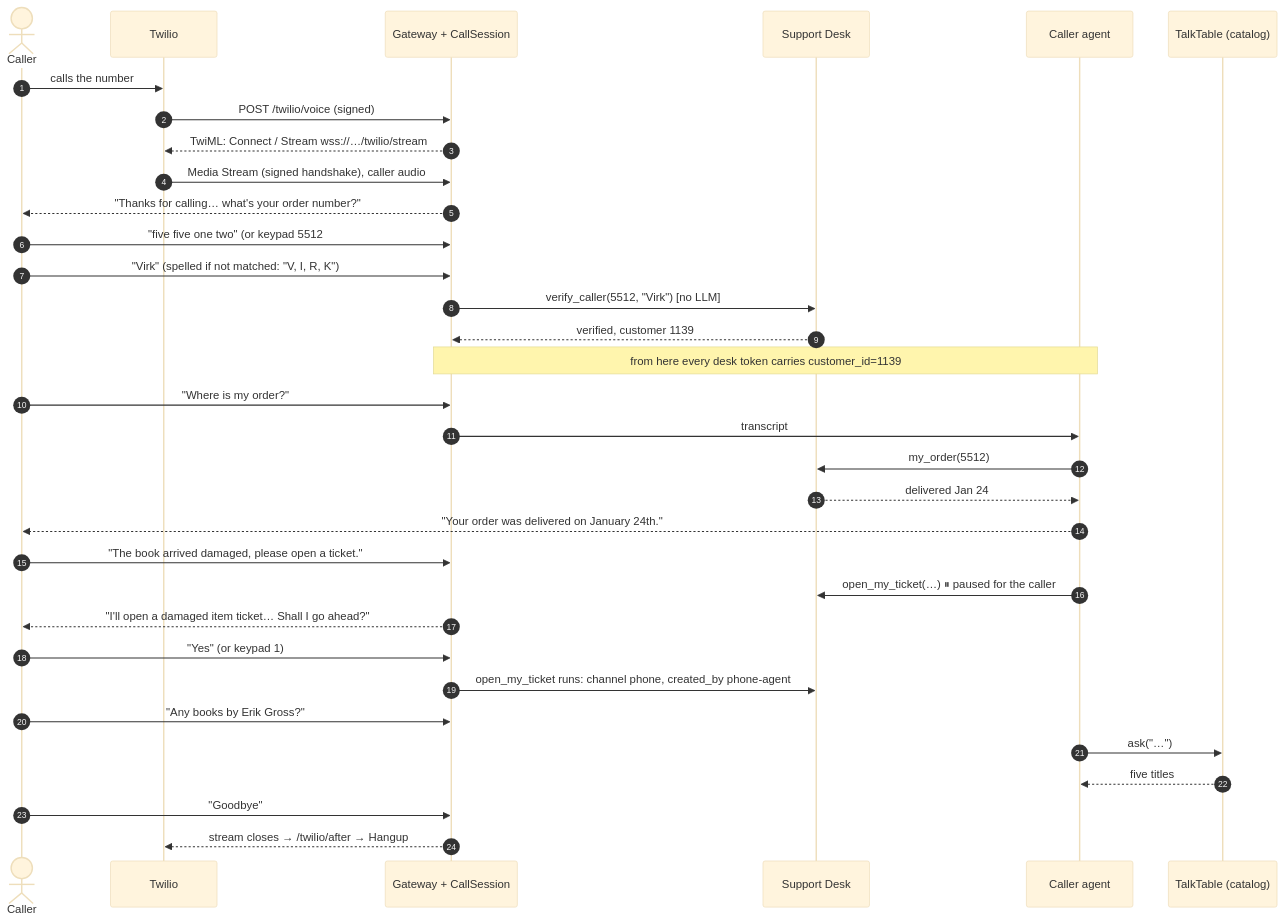
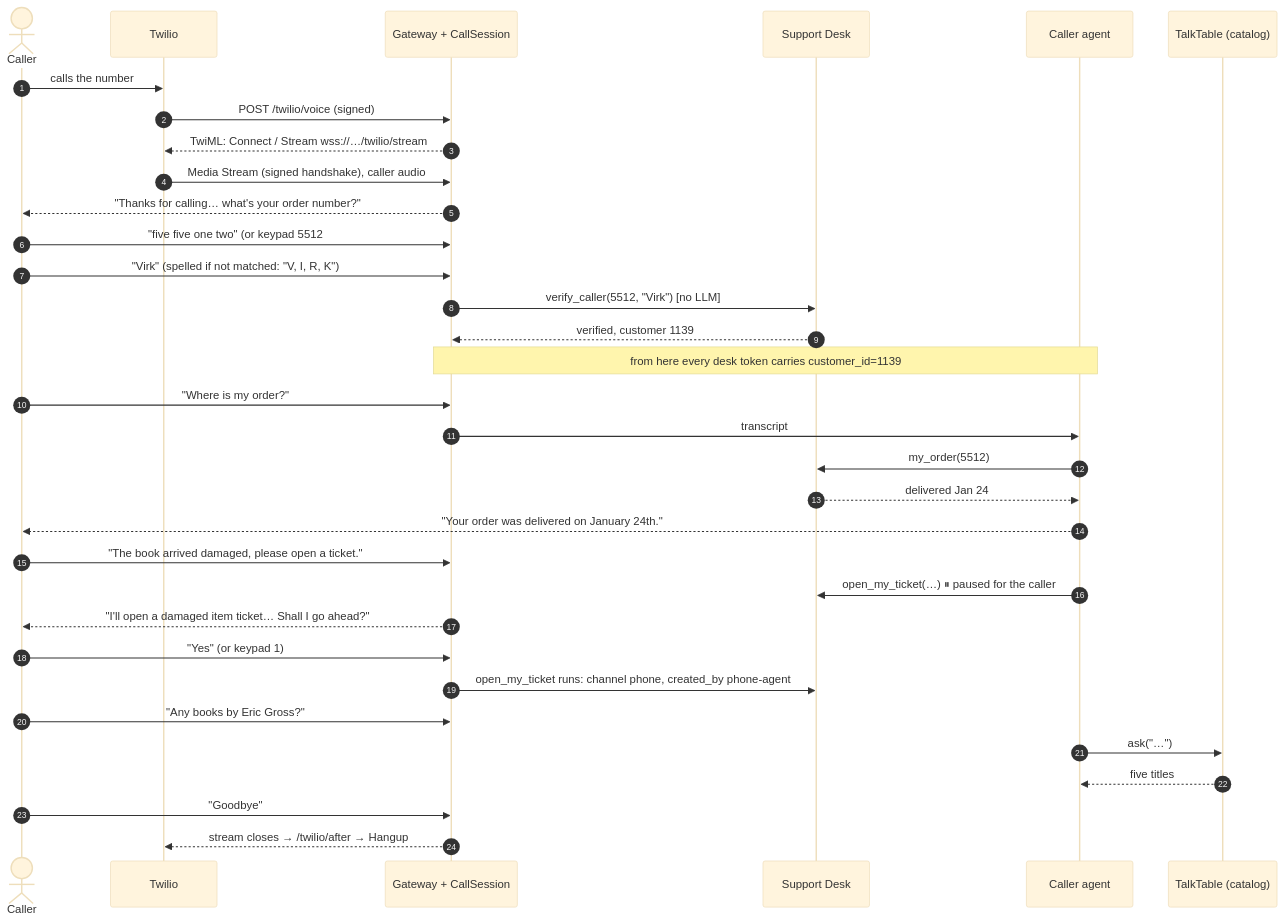
Before and after one commit to grishika21/callie: the second of 2 diagrams in docs/callie.md, drawn with Mermaid (base theme). The commit also changed other lines of this file and 13 other files, not shown here.

````diff
--- a/docs/callie.md
+++ b/docs/callie.md
@@ -62,36 +62,36 @@
 ```mermaid
 sequenceDiagram
   autonumber
   actor C as Caller
   participant T as Twilio
   participant G as Gateway + CallSession
   participant D as Support Desk
   participant A as Caller agent
   participant K as TalkTable (catalog)
 
   C->>T: calls the number
   T->>G: POST /twilio/voice (signed)
   G-->>T: TwiML: Connect / Stream wss://…/twilio/stream
   T->>G: Media Stream (signed handshake), caller audio
   G-->>C: "Thanks for calling… what's your order number?"
   C->>G: "five five one two" (or keypad 5512#)
   C->>G: "Virk"  (spelled if not matched: "V, I, R, K")
   G->>D: verify_caller(5512, "Virk")  [no LLM]
   D-->>G: verified, customer 1139
   Note over G,A: from here every desk token carries customer_id=1139
   C->>G: "Where is my order?"
   G->>A: transcript
   A->>D: my_order(5512)
   D-->>A: delivered Jan 24
   A-->>C: "Your order was delivered on January 24th."
   C->>G: "The book arrived damaged, please open a ticket."
   A->>D: open_my_ticket(…)  ⏸ paused for the caller
   G-->>C: "I'll open a damaged item ticket… Shall I go ahead?"
   C->>G: "Yes" (or keypad 1)
   G->>D: open_my_ticket runs: channel phone, created_by phone-agent
-  C->>G: "Any books by Erik Gross?"
+  C->>G: "Any books by Eric Gross?"
   A->>K: ask("…")
   K-->>A: five titles
   C->>G: "Goodbye"
   G-->>T: stream closes → /twilio/after → Hangup
 ```
````
